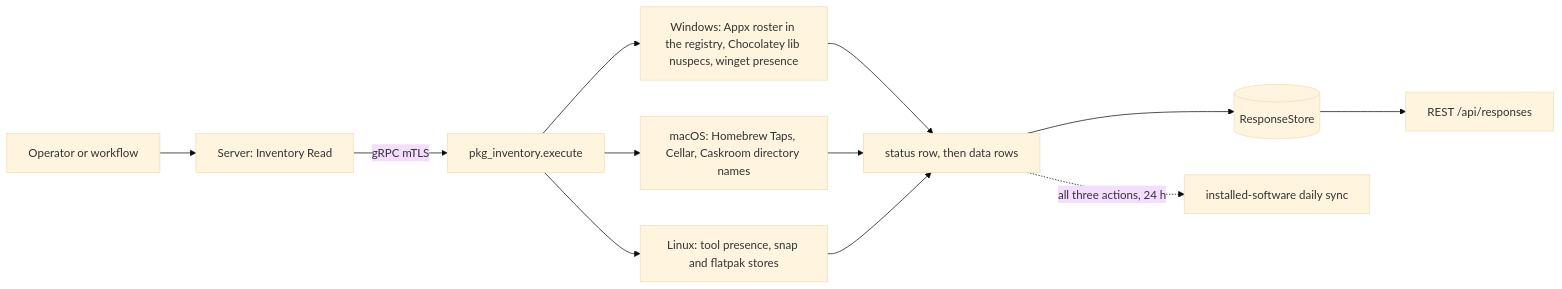
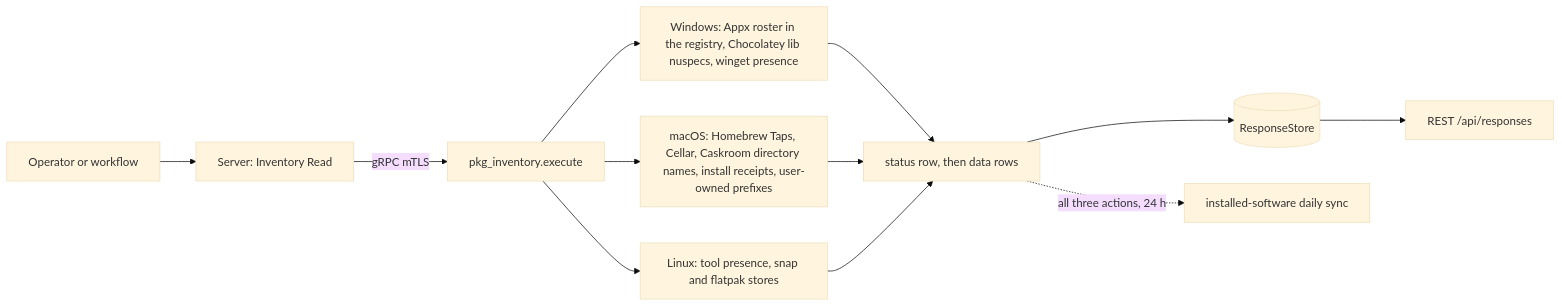
The first of 3 diagrams in agents/plugins/pkg_inventory/README.md (DevNullLtd/Yuzu), drawn with Mermaid (base theme) before and after one commit. The commit also changed other lines of this file and 34 other files, not shown here.

Commit message:
feat(pkg_inventory): read homebrew install receipts and user-owned prefixes without running brew

````diff
--- a/agents/plugins/pkg_inventory/README.md
+++ b/agents/plugins/pkg_inventory/README.md
@@ -26,13 +26,13 @@
 ```mermaid
 flowchart LR
   OP["Operator or workflow"] --> SRV["Server: Inventory Read"]
   SRV -->|"gRPC mTLS"| EX["pkg_inventory.execute"]
   EX --> WIN["Windows: Appx roster in the registry, Chocolatey lib nuspecs, winget presence"]
-  EX --> MAC["macOS: Homebrew Taps, Cellar, Caskroom directory names"]
+  EX --> MAC["macOS: Homebrew Taps, Cellar, Caskroom directory names, install receipts, user-owned prefixes"]
   EX --> LIN["Linux: tool presence, snap and flatpak stores"]
   WIN --> ROWS["status row, then data rows"]
   MAC --> ROWS
   LIN --> ROWS
   ROWS --> RS[("ResponseStore")] --> API["REST /api/responses"]
   ROWS -.->|"all three actions, 24 h"| SYNC["installed-software daily sync"]
 ```
````
